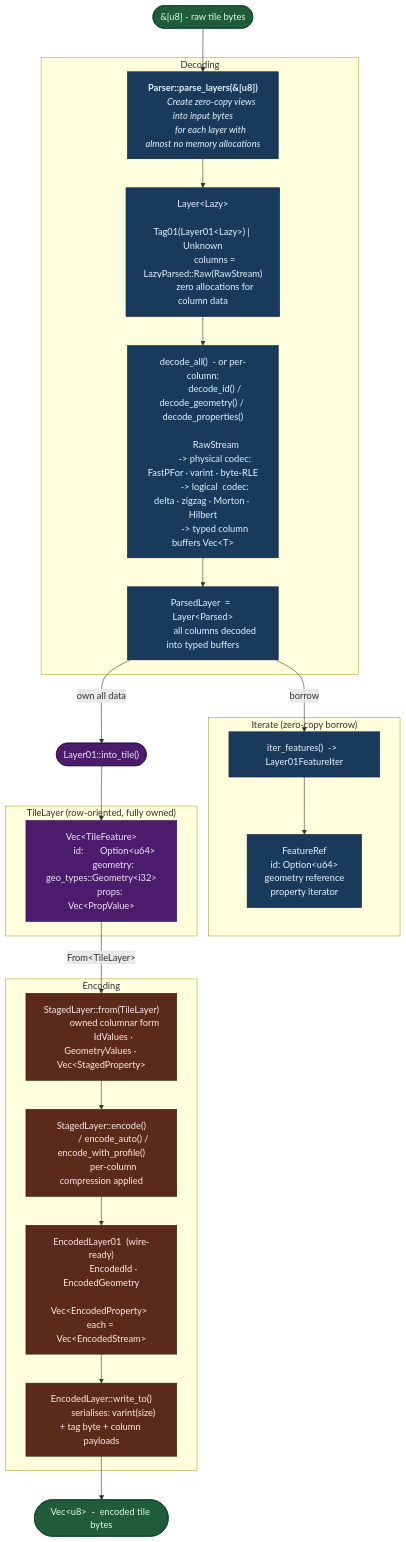
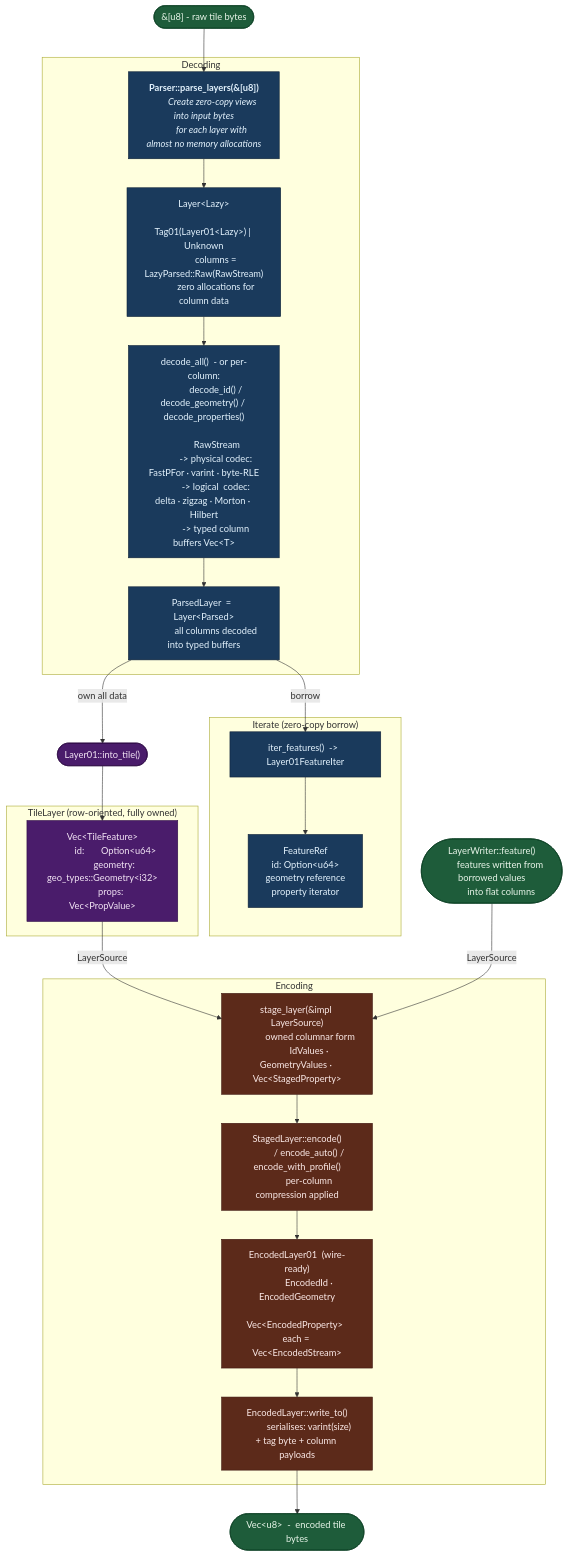
The diagram in rust/mlt-core/README.md (maplibre/maplibre-tile-spec), drawn with Mermaid before and after one commit. The commit also changed other lines of this file and 8 other files, not shown here.

First line of the commit message:
feat(rust): LayerWriter builds a layer one feature at a time (#1894)

````diff
--- a/rust/mlt-core/README.md
+++ b/rust/mlt-core/README.md
@@ -70,76 +72,81 @@
 ```mermaid
 flowchart TB
     A(["&[u8]  -  raw tile bytes"])
 
     subgraph DEC ["Decoding"]
         B["<b>Parser::parse_layers(&[u8])</b>
         <i>Create zero-copy views into input bytes
         for each layer with almost no memory allocations</i>"]
 
         C["Layer&lt;Lazy>
            Tag01(Layer01&lt;Lazy>) | Unknown
            columns = LazyParsed::Raw(RawStream)
            zero allocations for column data"]
 
         D["decode_all()  - or per-column:
            decode_id() / decode_geometry() / decode_properties()
 
            RawStream
            -> physical codec: FastPFor · varint · byte-RLE
            -> logical  codec: delta · zigzag · Morton · Hilbert
            -> typed column buffers Vec&lt;T>"]
 
         E["ParsedLayer  =  Layer&lt;Parsed>
            all columns decoded into typed buffers"]
     end
 
     subgraph ACCESS ["Iterate  (zero-copy borrow)"]
         F["iter_features()  ->  Layer01FeatureIter"]
         G["FeatureRef
            id: Option&lt;u64>
            geometry reference
            property iterator"]
     end
 
     H(["Layer01::into_tile()"])
 
     subgraph BRIDGE ["TileLayer  (row-oriented, fully owned)"]
         I["Vec&lt;TileFeature>
            id:       Option&lt;u64>
            geometry: geo_types::Geometry&lt;i32>
            props:    Vec&lt;PropValue>"]
     end
 
+    W(["LayerWriter::feature()
+        features written from borrowed values
+        into flat columns"])
+
     subgraph ENC ["Encoding"]
-        J["StagedLayer::from(TileLayer)
+        J["stage_layer(&impl LayerSource)
            owned columnar form
            IdValues · GeometryValues · Vec&lt;StagedProperty>"]
 
         K["StagedLayer::encode()
            / encode_auto() / encode_with_profile()
            per-column compression applied"]
 
         L["EncodedLayer01  (wire-ready)
            EncodedId · EncodedGeometry
            Vec&lt;EncodedProperty>  each = Vec&lt;EncodedStream>"]
 
         M["EncodedLayer::write_to()
            serialises: varint(size) + tag byte + column payloads"]
     end
 
     N(["Vec&lt;u8>  -  encoded tile bytes"])
 
     A --> B --> C --> D --> E
     E -->|"borrow"| F --> G
     E -->|"own all data"| H --> I
-    I -->|"From&lt;TileLayer>"| J --> K --> L --> M --> N
+    I -->|"LayerSource"| J --> K --> L --> M --> N
+    W -->|"LayerSource"| J
 
     classDef io fill:#1e5c3a,color:#e8f5e9,stroke:#0a3d22
     classDef bridge fill:#4a1c6b,color:#f3e5f5,stroke:#2d0b45
     classDef dec fill:#1a3a5c,color:#e3f2fd,stroke:#0d1f35
     classDef enc fill:#5c2a1a,color:#fbe9e7,stroke:#3d1510
-    class A,N io
+    class A,N,W io
     class H,I bridge
     class B,C,D,E,F,G dec
     class J,K,L,M enc
 ```
````
